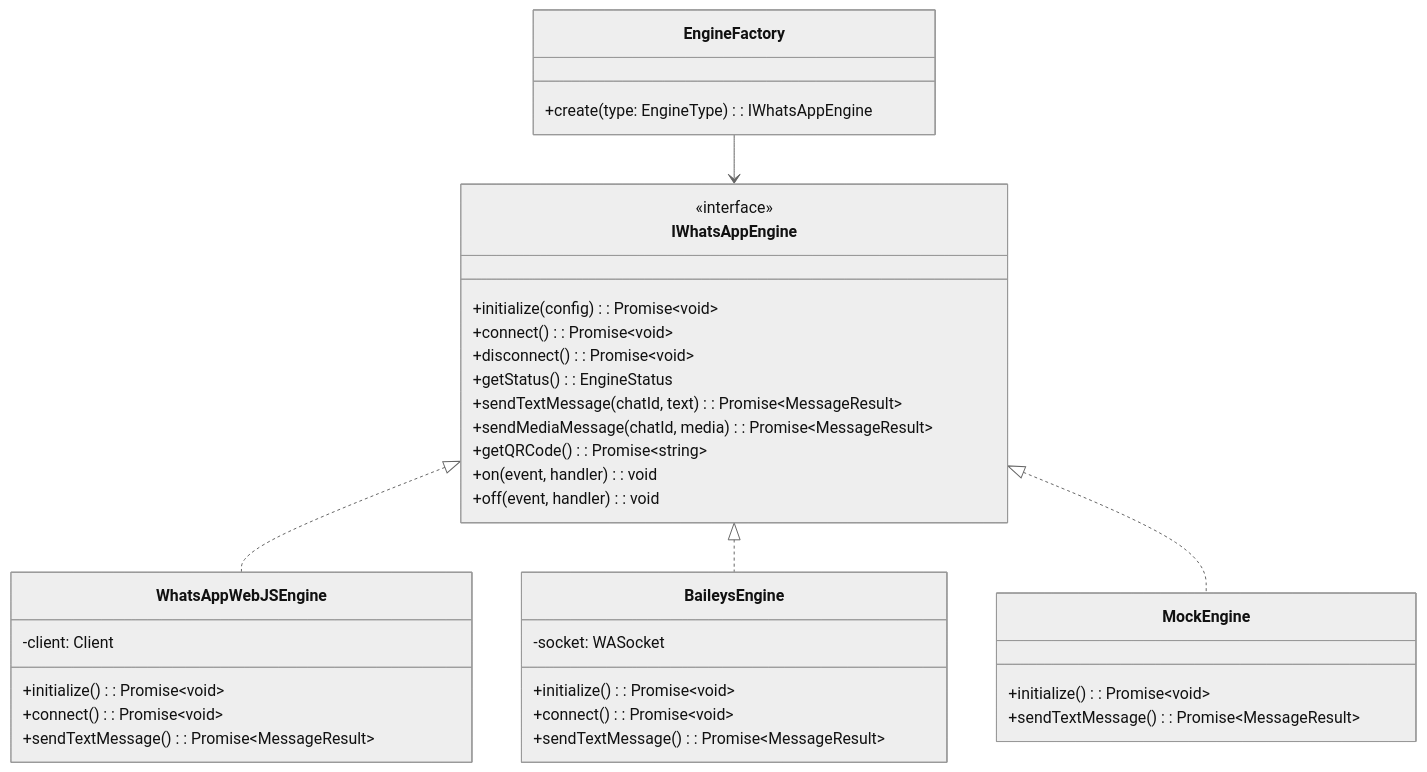
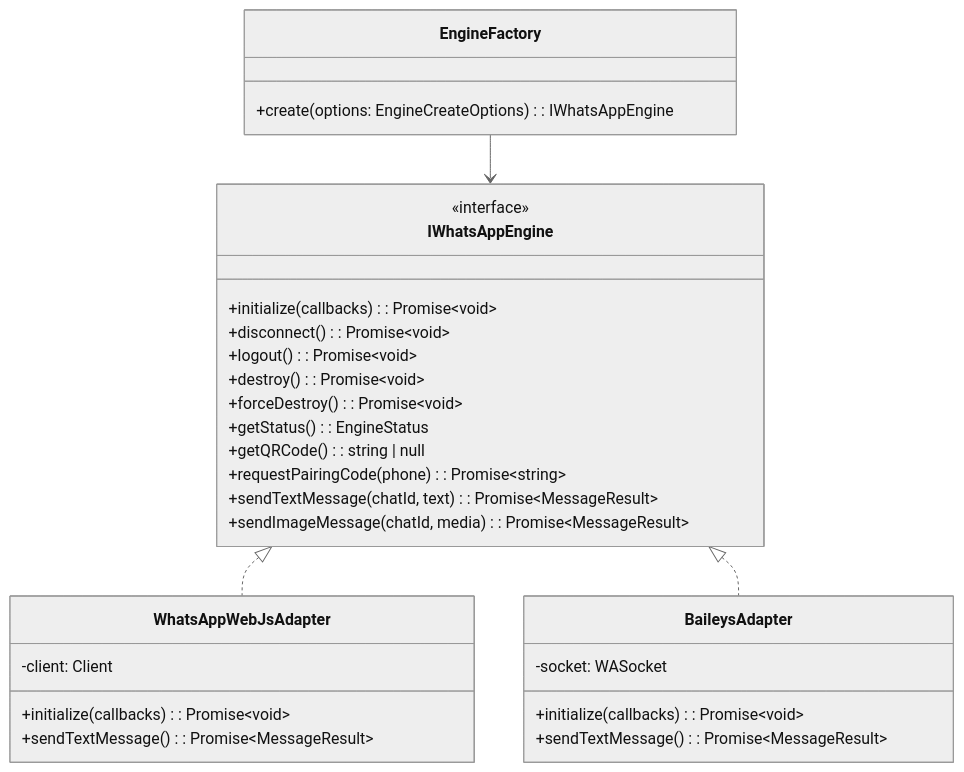
Before and after one commit to nourayman21k/OpenWA: diagram 21 of 24 in docs/03-system-architecture.md, drawn with Mermaid (neutral theme). The commit also changed other lines of this file and 13 other files, not shown here.

````diff
--- a/docs/03-system-architecture.md
+++ b/docs/03-system-architecture.md
@@ -904,43 +842,36 @@
 ```mermaid
 classDiagram
     class IWhatsAppEngine {
         <<interface>>
-        +initialize(config): Promise~void~
-        +connect(): Promise~void~
+        +initialize(callbacks): Promise~void~
         +disconnect(): Promise~void~
+        +logout(): Promise~void~
+        +destroy(): Promise~void~
+        +forceDestroy(): Promise~void~
         +getStatus(): EngineStatus
+        +getQRCode(): string | null
+        +requestPairingCode(phone): Promise~string~
         +sendTextMessage(chatId, text): Promise~MessageResult~
-        +sendMediaMessage(chatId, media): Promise~MessageResult~
-        +getQRCode(): Promise~string~
-        +on(event, handler): void
-        +off(event, handler): void
+        +sendImageMessage(chatId, media): Promise~MessageResult~
     }
-    
-    class WhatsAppWebJSEngine {
+
+    class WhatsAppWebJsAdapter {
         -client: Client
-        +initialize(): Promise~void~
-        +connect(): Promise~void~
+        +initialize(callbacks): Promise~void~
         +sendTextMessage(): Promise~MessageResult~
     }
-    
-    class BaileysEngine {
+
+    class BaileysAdapter {
         -socket: WASocket
-        +initialize(): Promise~void~
-        +connect(): Promise~void~
+        +initialize(callbacks): Promise~void~
         +sendTextMessage(): Promise~MessageResult~
     }
-    
-    class MockEngine {
-        +initialize(): Promise~void~
-        +sendTextMessage(): Promise~MessageResult~
+
+    class EngineFactory {
+        +create(options: EngineCreateOptions): IWhatsAppEngine
     }
-    
-    class EngineFactory {
-        +create(type: EngineType): IWhatsAppEngine
-    }
-    
-    IWhatsAppEngine <|.. WhatsAppWebJSEngine
-    IWhatsAppEngine <|.. BaileysEngine
-    IWhatsAppEngine <|.. MockEngine
+
+    IWhatsAppEngine <|.. WhatsAppWebJsAdapter
+    IWhatsAppEngine <|.. BaileysAdapter
     EngineFactory --> IWhatsAppEngine
 ```
````
